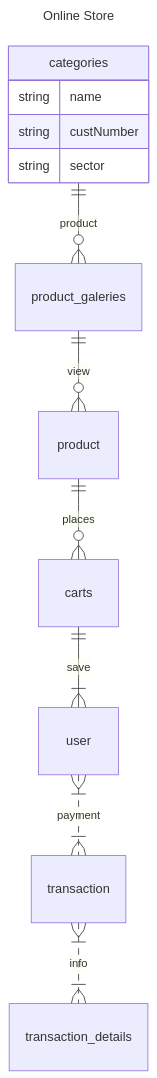
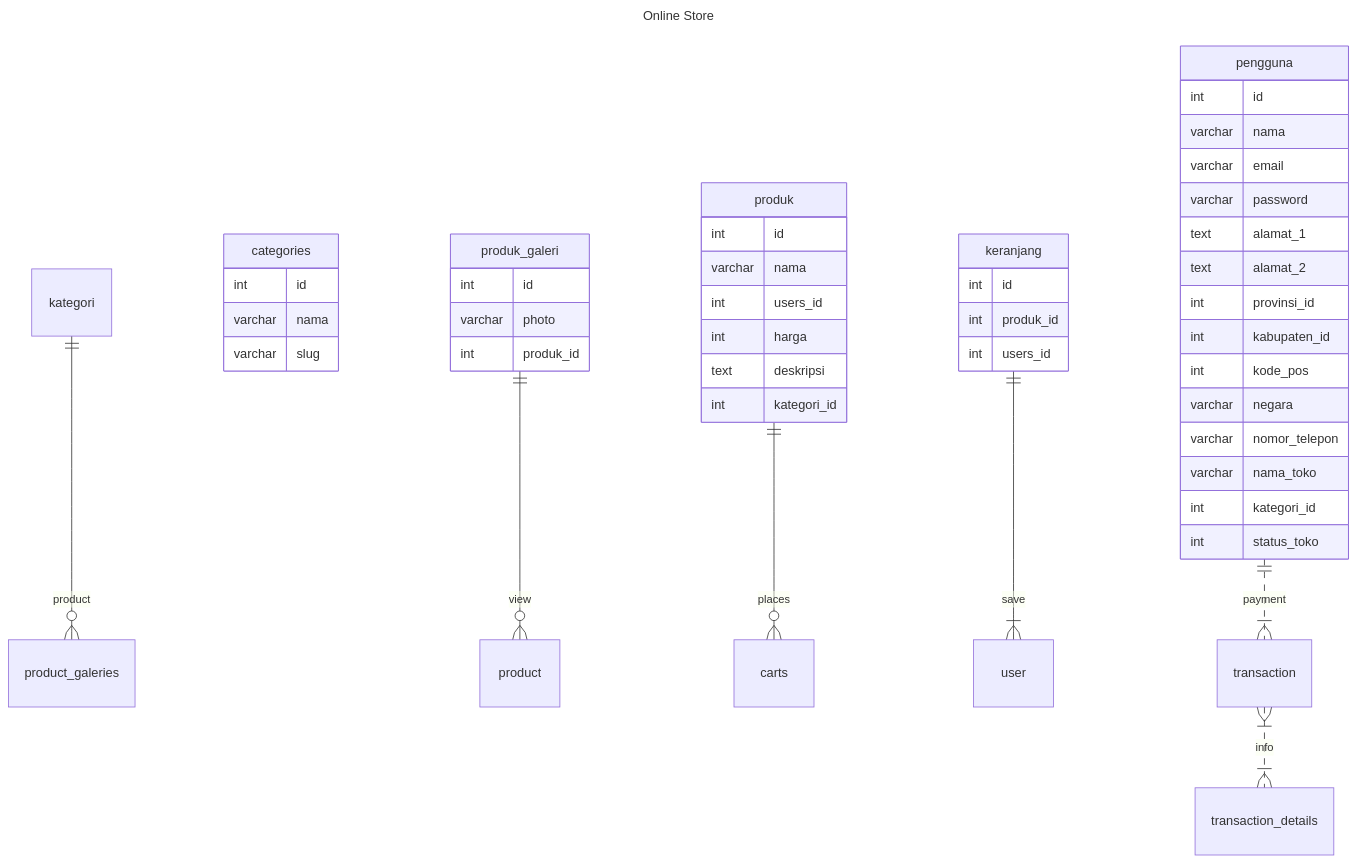
Before and after one commit to sugazq/jobInterview: the first of 2 diagrams in job-interview-answers.md, drawn with Mermaid.

````diff
--- a/job-interview-answers.md
+++ b/job-interview-answers.md
@@ -58,17 +58,47 @@
 ```mermaid
 ---
 title: Online Store
 ---
 erDiagram
-    categories ||--o{ product_galeries : product categories {
-        string name
-        string custNumber
-        string sector
+    kategori ||--o{ product_galeries : product categories {
+        int id
+        varchar nama
+        varchar slug
 }
-    product_galeries ||--o{ product : view
-    product ||--o{ carts : places
-    carts ||--|{ user : save
-    user }|..|{ transaction : payment
+    produk_galeri ||--o{ product : view produk_galeri {
+        int id
+        varchar photo
+        int produk_id
+}
+    produk ||--o{ carts : places produk {
+        int id
+        varchar nama
+        int users_id
+        int harga
+        text deskripsi
+        int kategori_id
+}
+    keranjang ||--|{ user : save keranjang {
+        int id
+        int produk_id
+        int users_id
+}
+    pengguna ||..|{ transaction : payment pengguna {
+        int id
+        varchar nama
+        varchar email
+        varchar password
+        text alamat_1
+        text alamat_2
+        int provinsi_id
+        int kabupaten_id
+        int kode_pos
+        varchar negara
+        varchar nomor_telepon
+        varchar nama_toko
+        int kategori_id
+        int status_toko
+}
     transaction }|..|{ transaction_details : info
     
 ```
````
